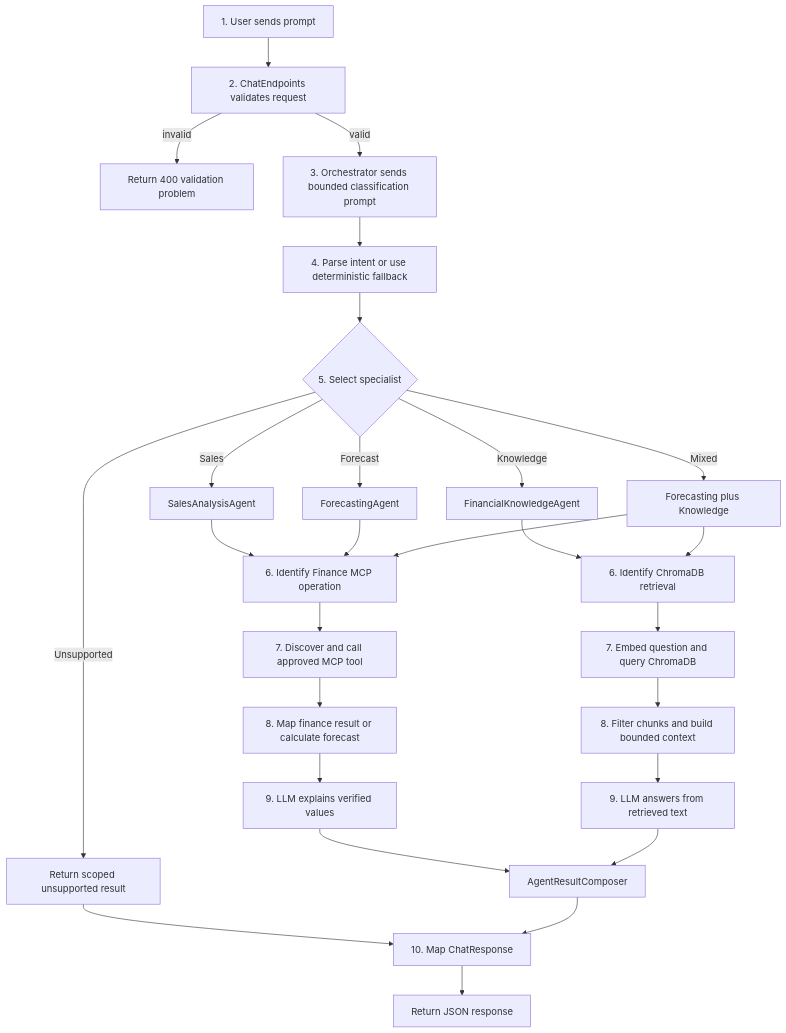
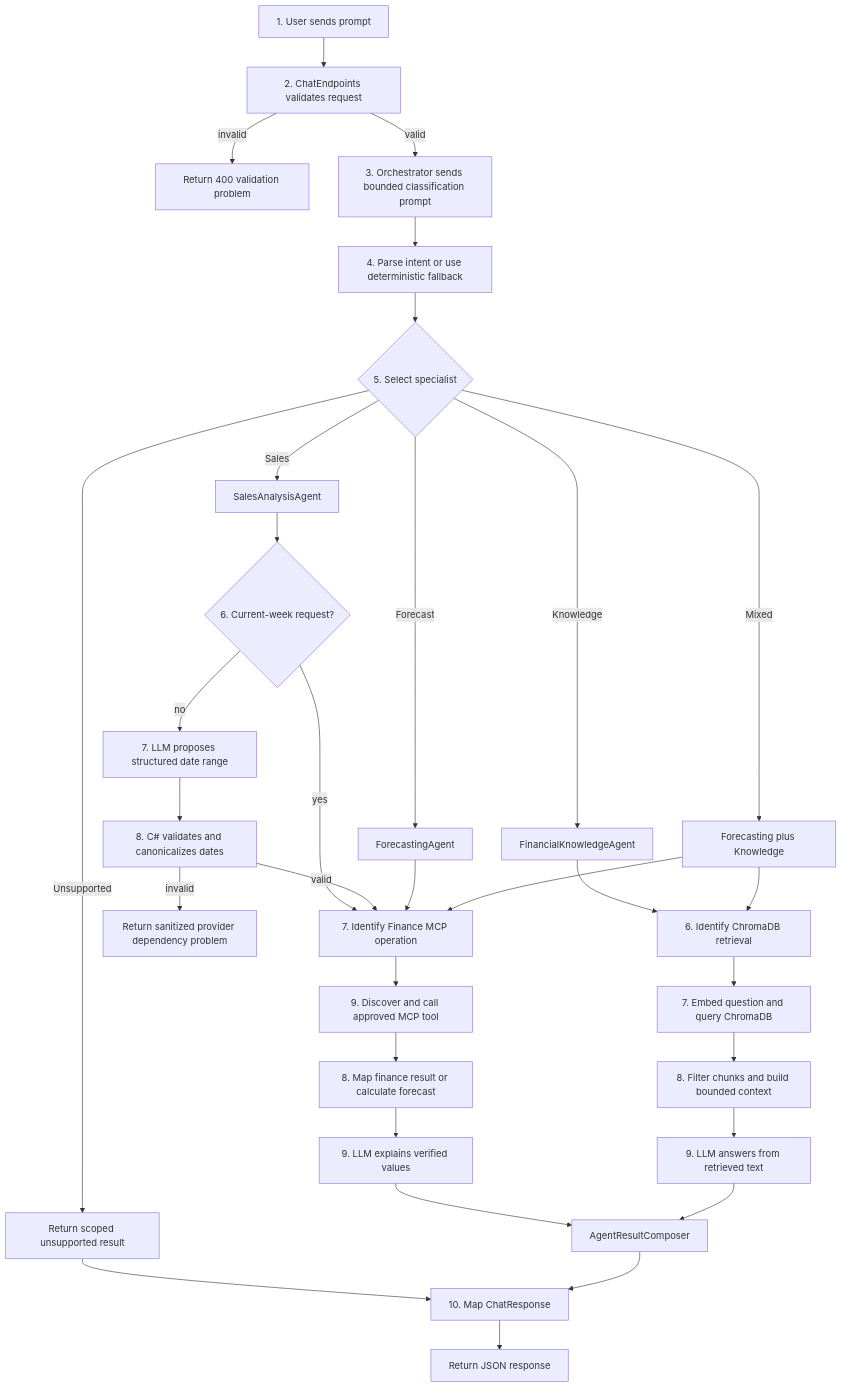
The third of 12 diagrams in APPLICATION_ARCHITECTURE.md (prabodharandima/ai_agent_cfo), drawn with Mermaid before and after one commit. The commit also changed other lines of this file and 11 other files, not shown here.

````diff
--- a/APPLICATION_ARCHITECTURE.md
+++ b/APPLICATION_ARCHITECTURE.md
@@ -217,33 +217,38 @@
 ```mermaid
 flowchart TD
     A[1. User sends prompt] --> B[2. ChatEndpoints validates request]
     B -->|invalid| X[Return 400 validation problem]
     B -->|valid| C[3. Orchestrator sends bounded classification prompt]
     C --> D[4. Parse intent or use deterministic fallback]
     D --> E{5. Select specialist}
 
     E -->|Sales| F[SalesAnalysisAgent]
     E -->|Forecast| G[ForecastingAgent]
     E -->|Knowledge| H[FinancialKnowledgeAgent]
     E -->|Mixed| I[Forecasting plus Knowledge]
     E -->|Unsupported| U[Return scoped unsupported result]
 
-    F --> J[6. Identify Finance MCP operation]
+    F --> FD{6. Current-week request?}
+    FD -->|yes| J[7. Identify Finance MCP operation]
+    FD -->|no| FP[7. LLM proposes structured date range]
+    FP --> FV[8. C# validates and canonicalizes dates]
+    FV -->|valid| J
+    FV -->|invalid| X503[Return sanitized provider dependency problem]
     G --> J
     H --> K[6. Identify ChromaDB retrieval]
     I --> J
     I --> K
 
-    J --> L[7. Discover and call approved MCP tool]
+    J --> L[9. Discover and call approved MCP tool]
     K --> M[7. Embed question and query ChromaDB]
 
     L --> N[8. Map finance result or calculate forecast]
     M --> O[8. Filter chunks and build bounded context]
     N --> P[9. LLM explains verified values]
     O --> Q[9. LLM answers from retrieved text]
     P --> R[AgentResultComposer]
     Q --> R
     U --> S[10. Map ChatResponse]
     R --> S
     S --> T[Return JSON response]
 ```
````
